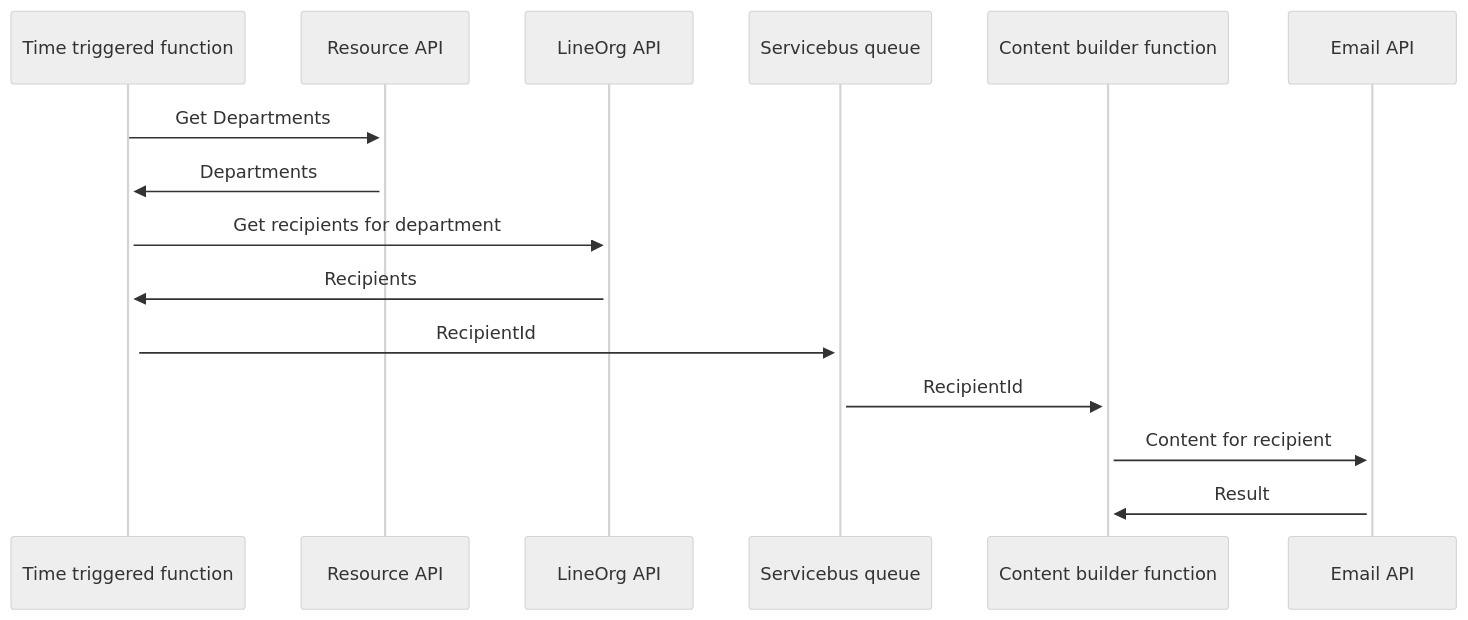
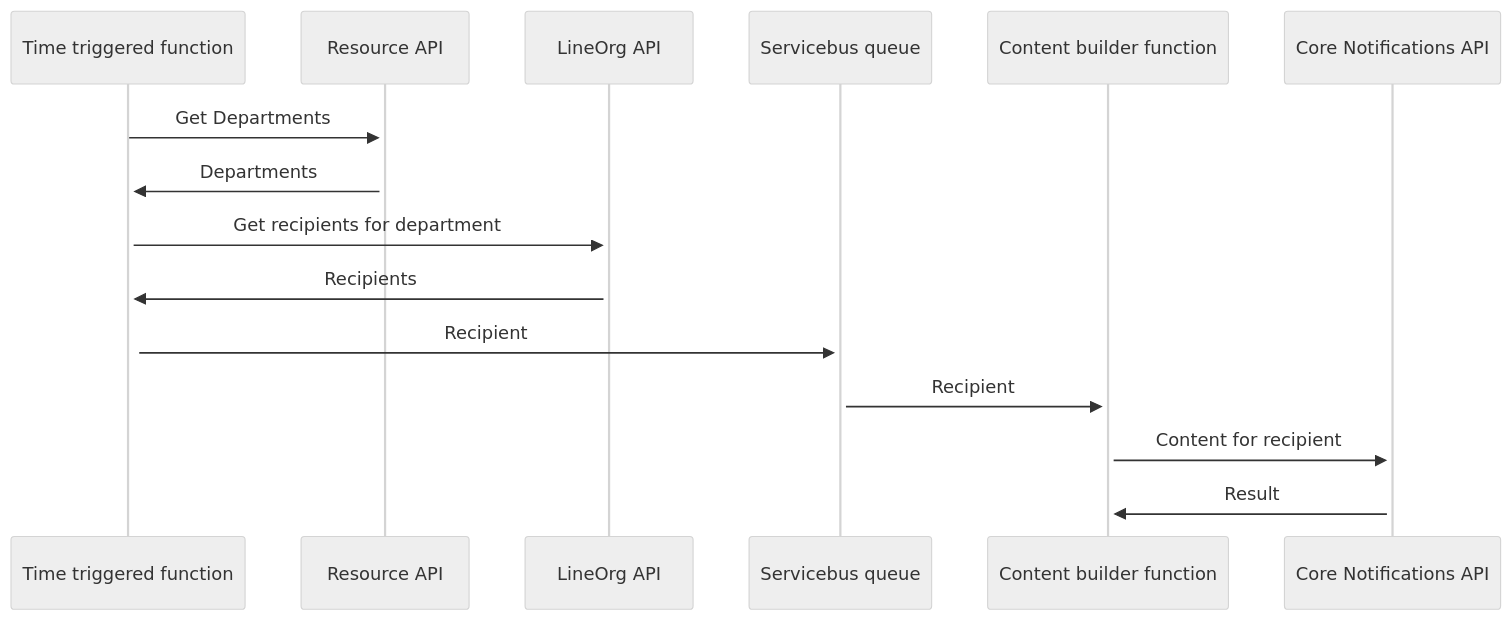
The diagram in README.md (equinor/fusion-app-resources), drawn with Mermaid (neutral theme) before and after one commit. The commit also changed other lines of this file, not shown here.

````diff
--- a/README.md
+++ b/README.md
@@ -42,11 +40,11 @@
 ```mermaid
 sequenceDiagram
   Time triggered function ->>+ Resource API: Get Departments
   Resource API ->>+ Time triggered function: Departments
   Time triggered function ->>+ LineOrg API: Get recipients for department
   LineOrg API ->>+ Time triggered function: Recipients
-  Time triggered function ->>+ Servicebus queue: RecipientId
-  Servicebus queue ->>+ Content builder function: RecipientId
-  Content builder function ->>+ Email API: Content for recipient
-  Email API ->>+ Content builder function: Result
+  Time triggered function ->>+ Servicebus queue: Recipient
+  Servicebus queue ->>+ Content builder function: Recipient
+  Content builder function ->>+ Core Notifications API: Content for recipient
+  Core Notifications API ->>+ Content builder function: Result
 ```
````
